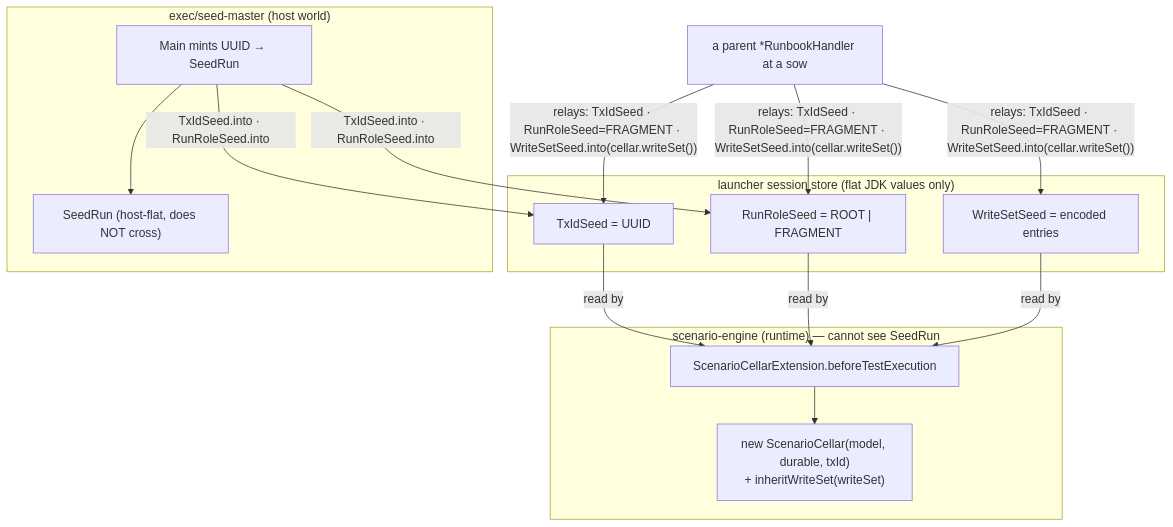
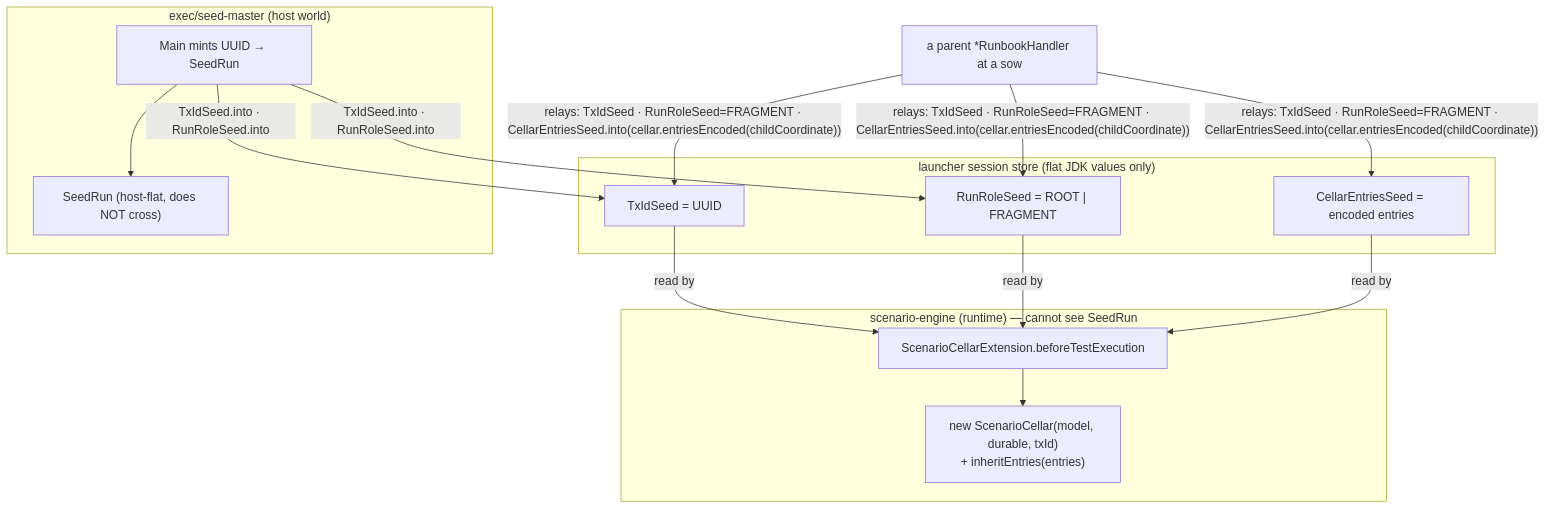
Diagram 13 of 18 in docs/architecture/osgi/seed-broker-spec.adoc (nxmatic/rke2lab), drawn with Mermaid before and after one commit. The commit also changed other lines of this file and 35 other files, not shown here.

```diff
--- a/docs/architecture/osgi/seed-broker-spec.adoc
+++ b/docs/architecture/osgi/seed-broker-spec.adoc
@@ -1793,22 +1793,22 @@
 [mermaid]
 ....
 flowchart TB
   subgraph host["exec/seed-master (host world)"]
     main["Main mints UUID → SeedRun"]
     run["SeedRun (host-flat, does NOT cross)"]
     main --> run
   end
   subgraph store["launcher session store (flat JDK values only)"]
     tx["TxIdSeed = UUID"]
     role["RunRoleSeed = ROOT | FRAGMENT"]
-    ws["WriteSetSeed = encoded entries"]
+    ws["CellarEntriesSeed = encoded entries"]
   end
   subgraph engine["scenario-engine (runtime) — cannot see SeedRun"]
     ext["ScenarioCellarExtension.beforeTestExecution"]
-    cellar["new ScenarioCellar(model, durable, txId)<br/>+ inheritWriteSet(writeSet)"]
+    cellar["new ScenarioCellar(model, durable, txId)<br/>+ inheritEntries(entries)"]
     ext --> cellar
   end
   main -->|"TxIdSeed.into · RunRoleSeed.into"| tx & role
-  handler["a parent *RunbookHandler at a sow"] -->|"relays: TxIdSeed · RunRoleSeed=FRAGMENT · WriteSetSeed.into(cellar.writeSet())"| tx & role & ws
+  handler["a parent *RunbookHandler at a sow"] -->|"relays: TxIdSeed · RunRoleSeed=FRAGMENT · CellarEntriesSeed.into(cellar.entriesEncoded(childCoordinate))"| tx & role & ws
   tx & role & ws -->|"read by"| ext
 ....
```
